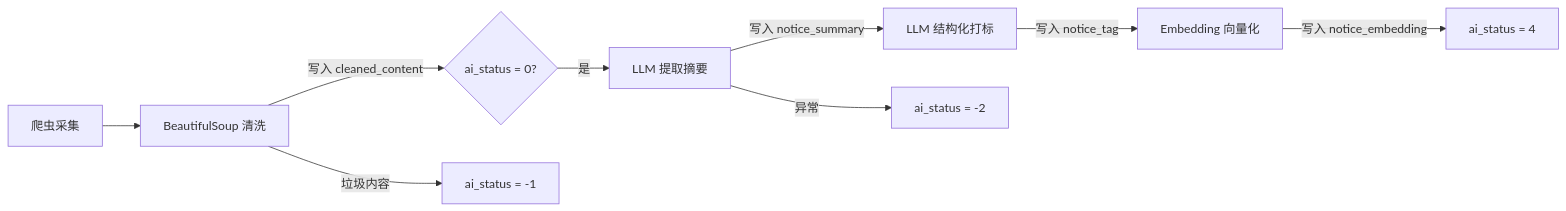
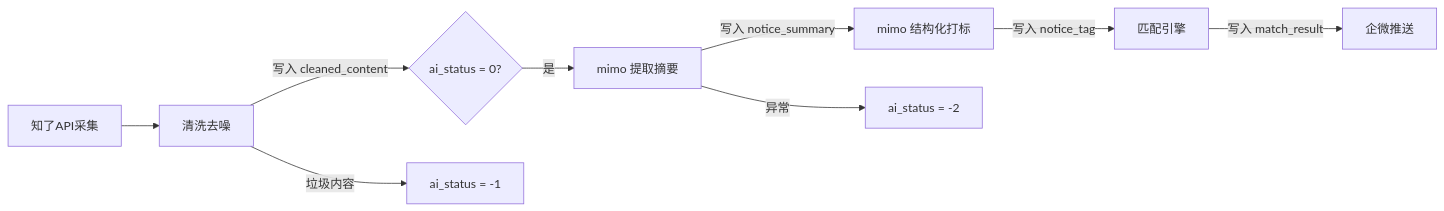
The second of 2 diagrams in docs/design.md (rogercwchenhk/spot), drawn with Mermaid before and after one commit. The commit also changed other lines of this file and 59 other files, not shown here.

````diff
--- a/docs/design.md
+++ b/docs/design.md
@@ -72,11 +212,11 @@
 ```mermaid
 flowchart LR
-    A[爬虫采集] --> B[BeautifulSoup 清洗]
+    A[知了API采集] --> B[清洗去噪]
     B -->|写入 cleaned_content| C{ai_status = 0?}
-    C -->|是| D[LLM 提取摘要]
-    D -->|写入 notice_summary| E[LLM 结构化打标]
-    E -->|写入 notice_tag| F[Embedding 向量化]
-    F -->|写入 notice_embedding| G[ai_status = 4]
+    C -->|是| D[mimo 提取摘要]
+    D -->|写入 notice_summary| E[mimo 结构化打标]
+    E -->|写入 notice_tag| F[匹配引擎]
+    F -->|写入 match_result| G[企微推送]
     D -->|异常| H[ai_status = -2]
     B -->|垃圾内容| I[ai_status = -1]
 ```
````
